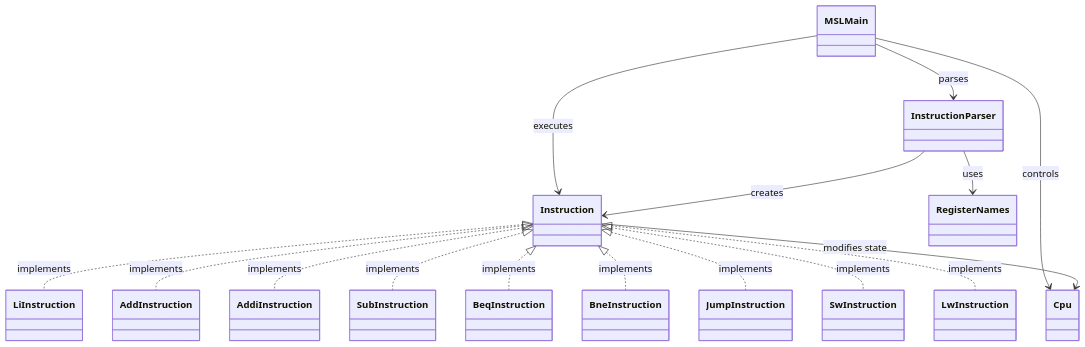
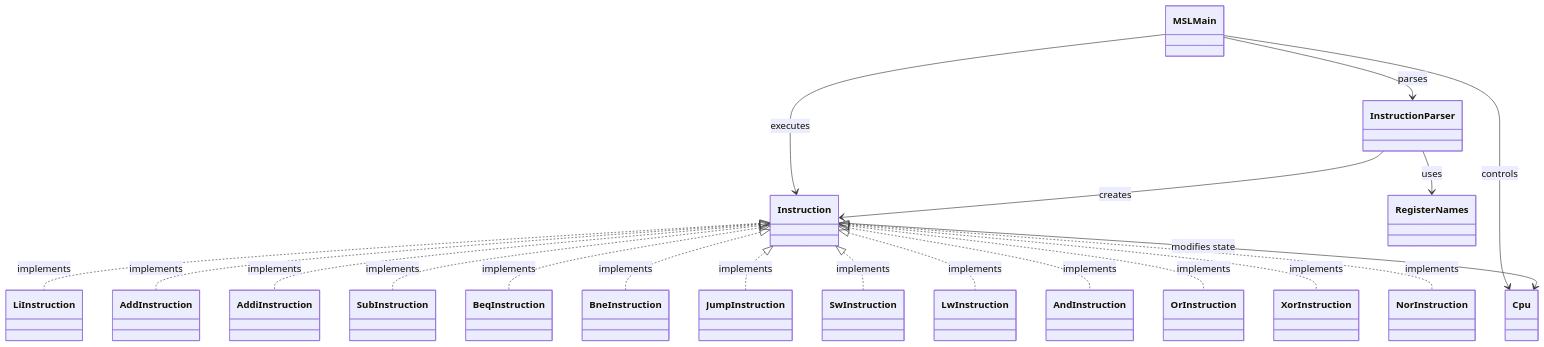
One commit to mkunori/MipsStepLab changed the diagram in README.md. Above: the diagram before and after it, drawn with Mermaid. The commit also changed other lines of this file and 10 other files, not shown here.

Commit message:
and, or, xor, nor #9

````diff
--- a/README.md
+++ b/README.md
@@ -70,33 +78,41 @@
 ```mermaid
 classDiagram
   class MSLMain
   class Cpu
   class Instruction
   class LiInstruction
   class AddInstruction
   class AddiInstruction
   class SubInstruction
   class BeqInstruction
   class BneInstruction
   class JumpInstruction
   class SwInstruction
   class LwInstruction
+  class AndInstruction
+  class OrInstruction
+  class XorInstruction
+  class NorInstruction
 
   Instruction <|.. LiInstruction : implements
   Instruction <|.. AddInstruction : implements
   Instruction <|.. AddiInstruction : implements
   Instruction <|.. SubInstruction : implements
   Instruction <|.. BeqInstruction : implements
   Instruction <|.. BneInstruction : implements
   Instruction <|.. JumpInstruction : implements
   Instruction <|.. SwInstruction : implements
   Instruction <|.. LwInstruction : implements
+  Instruction <|.. AndInstruction : implements
+  Instruction <|.. OrInstruction : implements
+  Instruction <|.. XorInstruction : implements
+  Instruction <|.. NorInstruction : implements
 
   MSLMain --> InstructionParser : parses
   MSLMain --> Cpu : controls
   MSLMain --> Instruction : executes
 
   Instruction --> Cpu : modifies state
   InstructionParser --> Instruction : creates
   InstructionParser --> RegisterNames : uses
 ```
````
